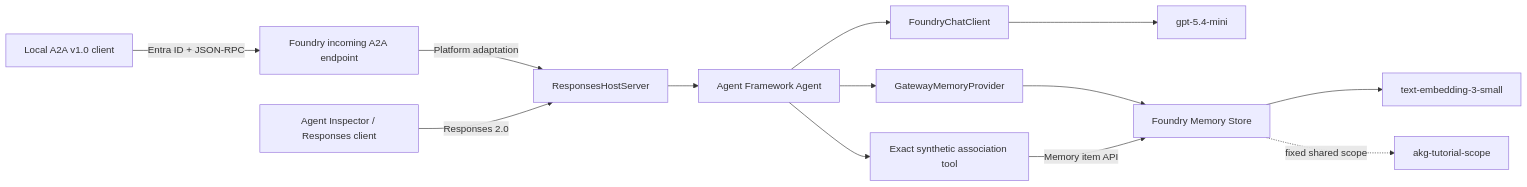
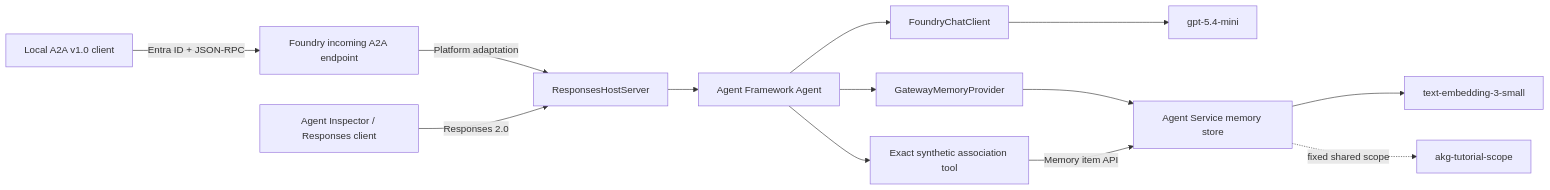
Before and after one commit to shinyay/getting-started-with-foundry-toolkit-in-practice: the diagram in agentic-knowledge-gateway/README.md, drawn with Mermaid. The commit also changed other lines of this file and 13 other files, not shown here.

````diff
--- a/agentic-knowledge-gateway/README.md
+++ b/agentic-knowledge-gateway/README.md
@@ -74,15 +74,15 @@
 ```mermaid
 flowchart LR
     A[Local A2A v1.0 client] -->|Entra ID + JSON-RPC| B[Foundry incoming A2A endpoint]
     B -->|Platform adaptation| C[ResponsesHostServer]
     D[Agent Inspector / Responses client] -->|Responses 2.0| C
     C --> E[Agent Framework Agent]
     E --> F[FoundryChatClient]
     F --> G[gpt-5.4-mini]
     E --> H[GatewayMemoryProvider]
-    H --> I[Foundry Memory Store]
+    H --> I[Agent Service memory store]
     E --> L[Exact synthetic association tool]
     L -->|Memory item API| I
     I --> J[text-embedding-3-small]
     I -. fixed shared scope .-> K[akg-tutorial-scope]
 ```
````
